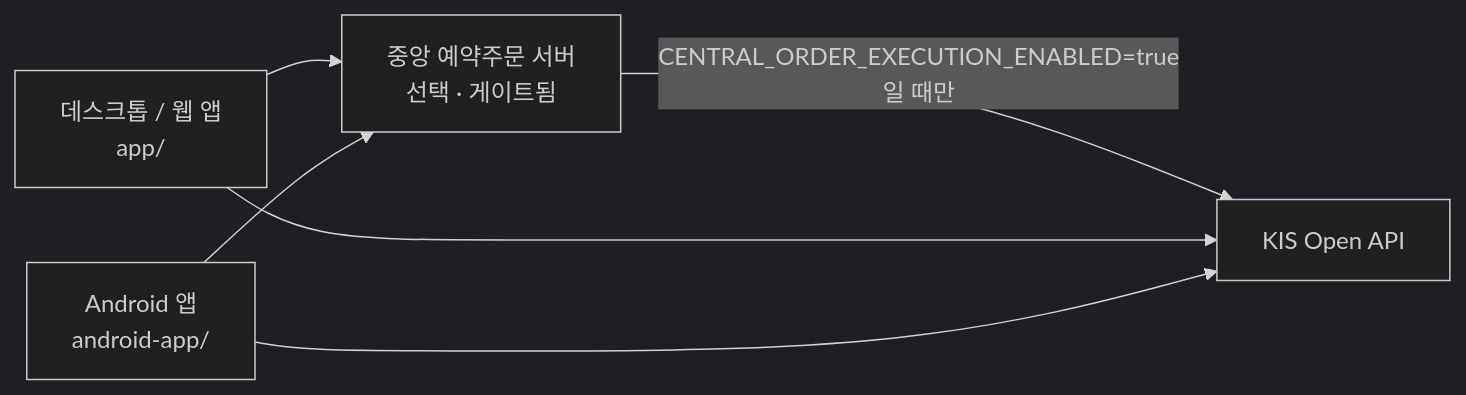
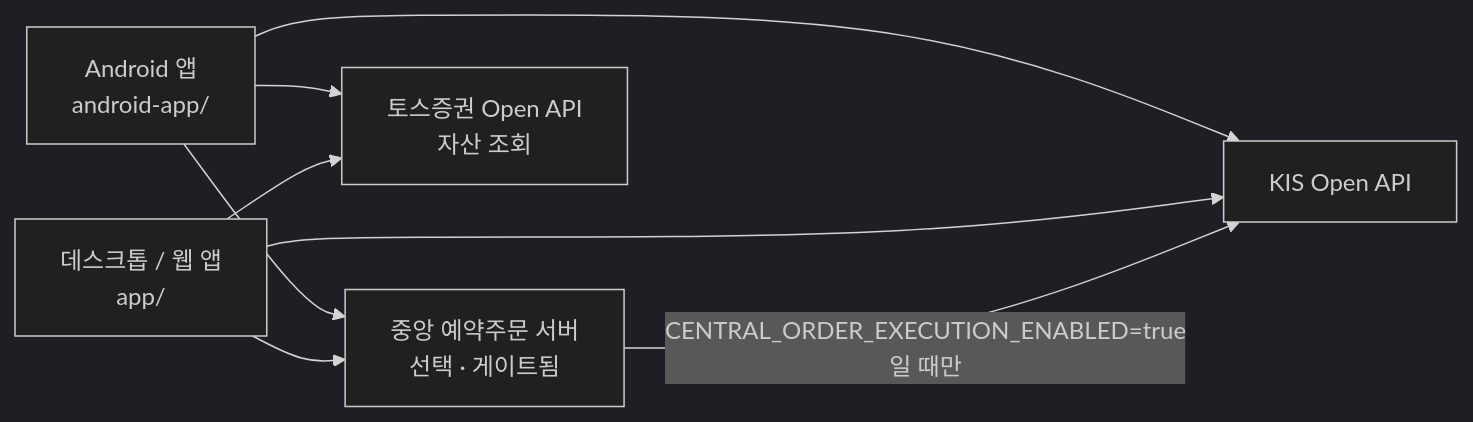
One commit to ianlyoo/koreainv-dashboard changed the diagram in README.md. Above: the diagram before and after it, drawn with Mermaid (dark theme). The commit also changed other lines of this file and 23 other files, not shown here.

````diff
--- a/README.md
+++ b/README.md
@@ -16,8 +17,10 @@
 ```mermaid
 flowchart LR
     A[데스크톱 / 웹 앱<br/>app/] --> C[중앙 예약주문 서버<br/>선택 · 게이트됨]
     B[Android 앱<br/>android-app/] --> C
     C -- "CENTRAL_ORDER_EXECUTION_ENABLED=true<br/>일 때만" --> D[KIS Open API]
     A --> D
     B --> D
+    A --> E[토스증권 Open API<br/>자산 조회]
+    B --> E
 ```
````
